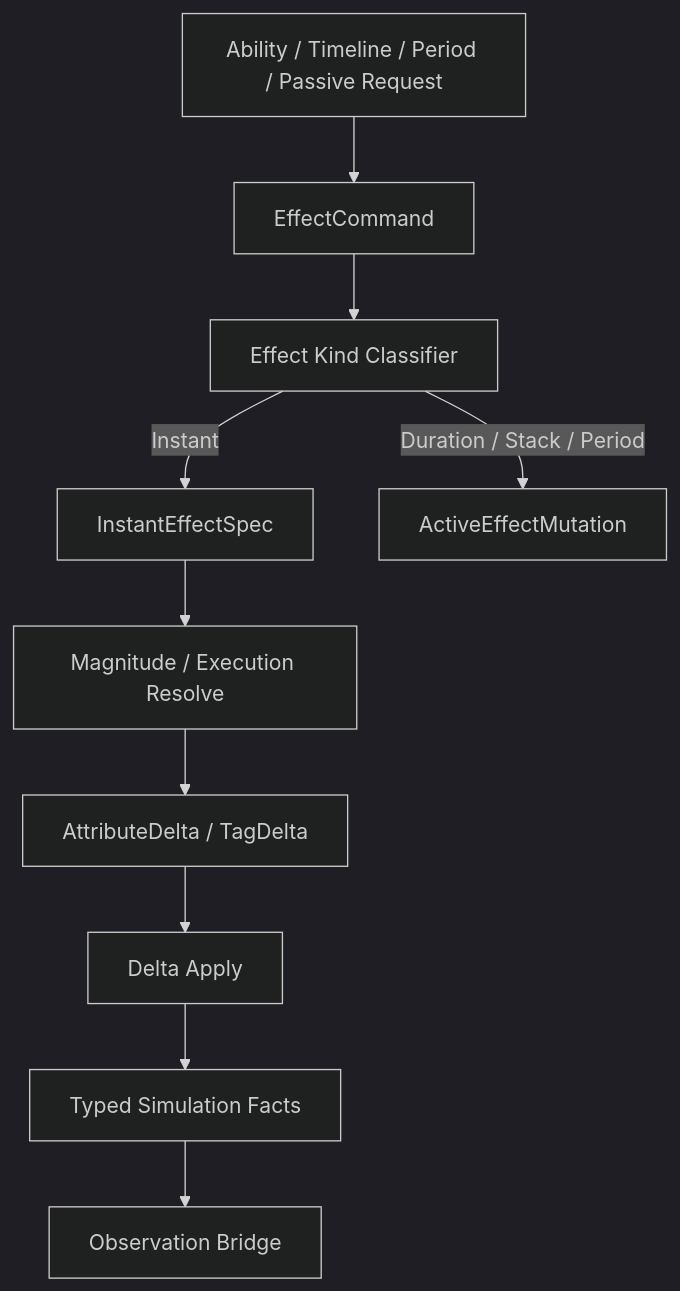
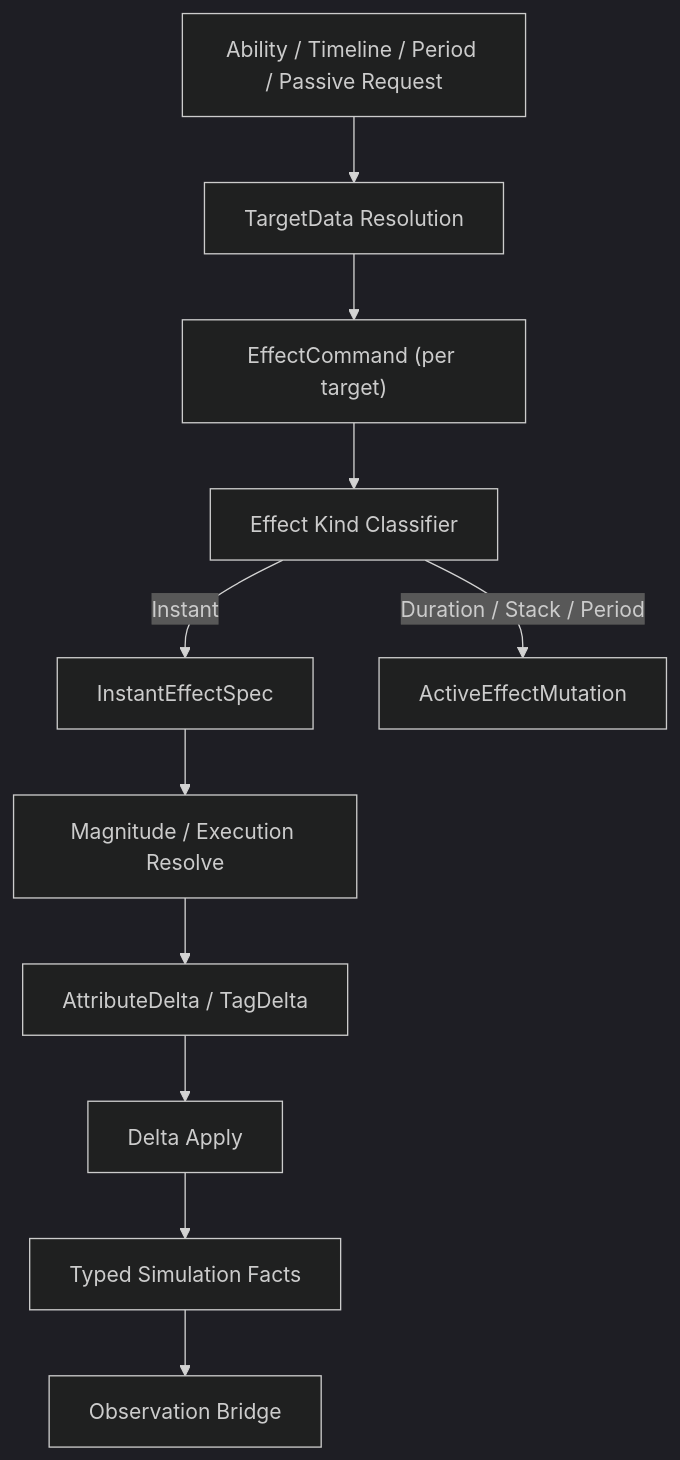
Before and after one commit to Bo-ki/gameplay-ability-system-for-unity: the diagram in 方案讨论/针对2.0的ECS架构的迭代方案讨论/当前路线/01-目标态架构共识/04-EffectCommand-SpecStream-AttributeDeltaSpec.md, drawn with Mermaid (dark theme). The commit also changed other lines of this file and 15 other files, not shown here.

````diff
--- a/方案讨论/针对2.0的ECS架构的迭代方案讨论/当前路线/01-目标态架构共识/04-EffectCommand-SpecStream-AttributeDeltaSpec.md
+++ b/方案讨论/针对2.0的ECS架构的迭代方案讨论/当前路线/01-目标态架构共识/04-EffectCommand-SpecStream-AttributeDeltaSpec.md
@@ -9,12 +9,13 @@
 ```mermaid
 flowchart TD
-    Request["Ability / Timeline / Period / Passive Request"] --> Command["EffectCommand"]
+    Request["Ability / Timeline / Period / Passive Request"] --> TargetData["TargetData Resolution"]
+    TargetData --> Command["EffectCommand (per target)"]
     Command --> Classifier["Effect Kind Classifier"]
     Classifier -->|Instant| Spec["InstantEffectSpec"]
     Classifier -->|Duration / Stack / Period| ActiveMutation["ActiveEffectMutation"]
     Spec --> Magnitude["Magnitude / Execution Resolve"]
     Magnitude --> Delta["AttributeDelta / TagDelta"]
     Delta --> Apply["Delta Apply"]
     Apply --> Facts["Typed Simulation Facts"]
     Facts --> ObservationBridge["Observation Bridge"]
 ```
````
